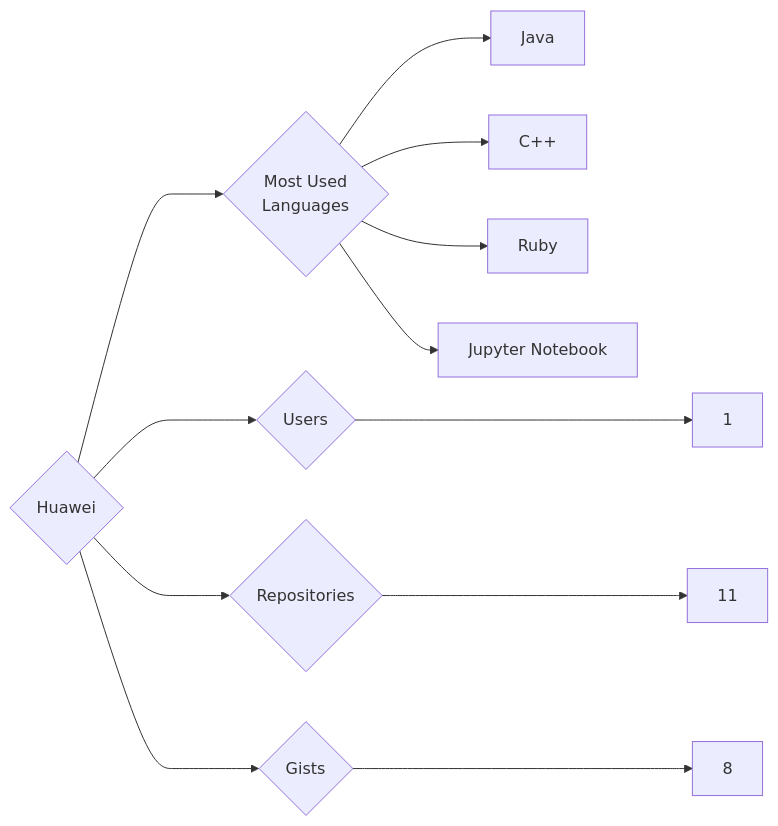
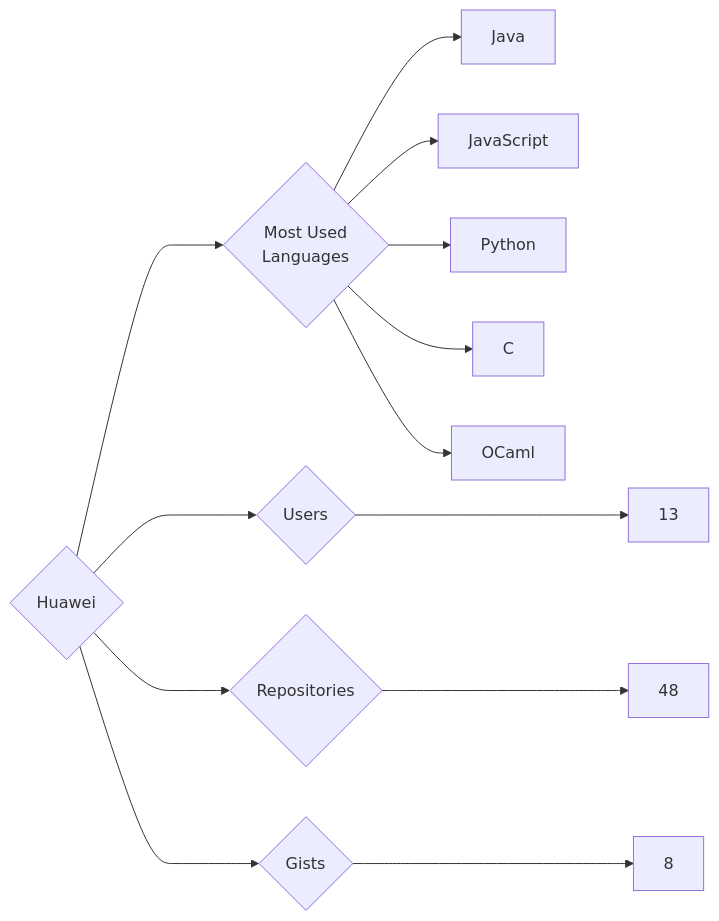
The diagram in targets/Huawei/README.md (trickest/insiders), drawn with Mermaid before and after one commit. The commit also changed 1020 other files, not shown here.

````diff
--- a/targets/Huawei/README.md
+++ b/targets/Huawei/README.md
@@ -3,12 +3,13 @@
 ```mermaid
 graph LR
 COMPANY_NAME{Huawei}
-COMPANY_NAME ---> U{Users} ---> UN[1]
-COMPANY_NAME ---> R{Repositories} ---> RN[11]
+COMPANY_NAME ---> U{Users} ---> UN[13]
+COMPANY_NAME ---> R{Repositories} ---> RN[48]
 COMPANY_NAME ---> G{Gists} ---> GN[8]
 COMPANY_NAME ---> ML{Most Used<br>Languages}
 ML --> Java[Java]
-ML --> C++[C++]
-ML --> Ruby[Ruby]
-ML --> Jupyter_Notebook[Jupyter Notebook]
+ML --> JavaScript[JavaScript]
+ML --> Python[Python]
+ML --> C[C]
+ML --> OCaml[OCaml]
 ```
````
